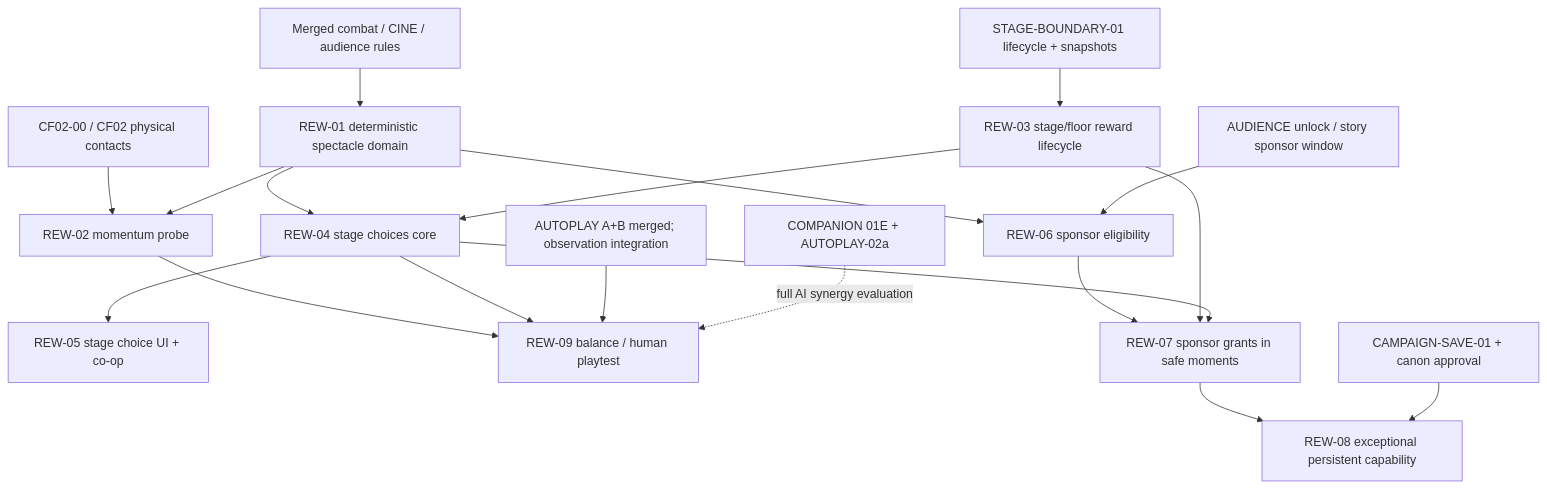
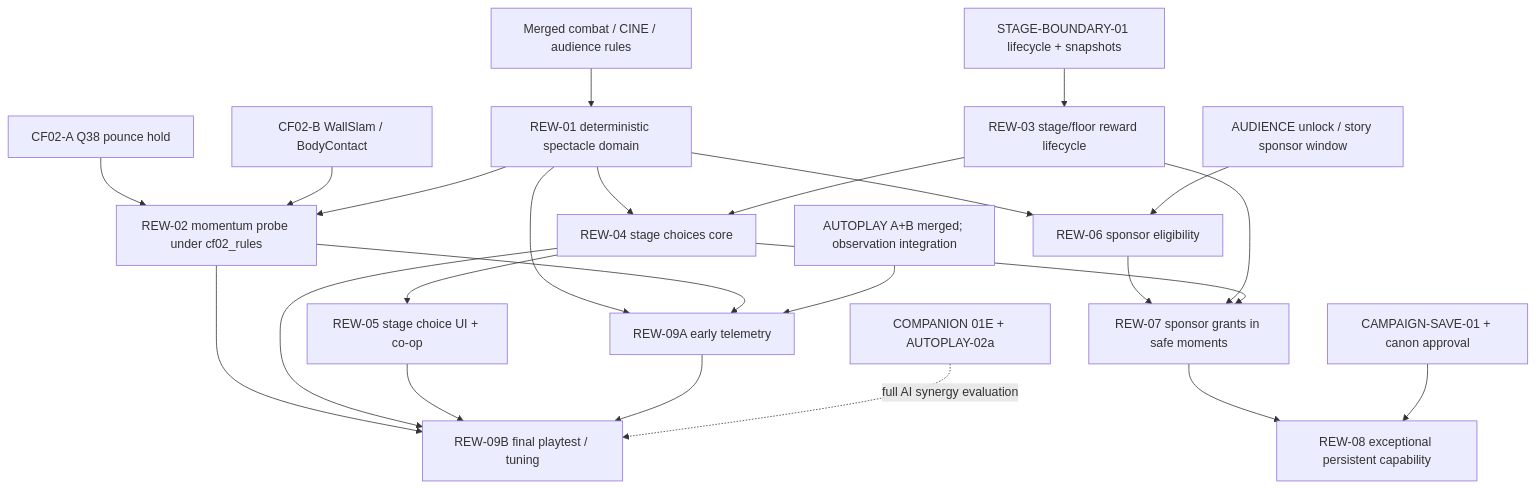
The diagram in docs/04-production/rewards-roadmap.md (pando85/dungeon-floorbreak), drawn with Mermaid before and after one commit. The commit also changed other lines of this file and 4 other files, not shown here.

````diff
--- a/docs/04-production/rewards-roadmap.md
+++ b/docs/04-production/rewards-roadmap.md
@@ -27,21 +29,26 @@
 ```mermaid
 flowchart TD
   BASE["Merged combat / CINE / audience rules"] --> R1["REW-01 deterministic spectacle domain"]
-  CF["CF02-00 / CF02 physical contacts"] --> R2["REW-02 momentum probe"]
+  CFA["CF02-A Q38 pounce hold"] --> R2["REW-02 momentum probe under cf02_rules"]
+  CFB["CF02-B WallSlam / BodyContact"] --> R2
   R1 --> R2
   R1 --> R4["REW-04 stage choices core"]
   SB["STAGE-BOUNDARY-01 lifecycle + snapshots"] --> R3["REW-03 stage/floor reward lifecycle"]
   R3 --> R4
   R4 --> R5["REW-05 stage choice UI + co-op"]
-  R2 --> R9["REW-09 balance / human playtest"]
-  R4 --> R9
-  AP["AUTOPLAY A+B merged; observation integration"] --> R9
-  COMP["COMPANION 01E + AUTOPLAY-02a"] -. "full AI synergy evaluation" .-> R9
+  R1 --> R9A["REW-09A early telemetry"]
+  R2 --> R9A
+  AP["AUTOPLAY A+B merged; observation integration"] --> R9A
+  R2 --> R9B["REW-09B final playtest / tuning"]
+  R4 --> R9B
+  R5 --> R9B
+  R9A --> R9B
+  COMP["COMPANION 01E + AUTOPLAY-02a"] -. "full AI synergy evaluation" .-> R9B
   R1 --> R6["REW-06 sponsor eligibility"]
   AUD["AUDIENCE unlock / story sponsor window"] --> R6
   R6 --> R7["REW-07 sponsor grants in safe moments"]
   R3 --> R7
   R4 --> R7
   R7 --> R8["REW-08 exceptional persistent capability"]
   SAVE["CAMPAIGN-SAVE-01 + canon approval"] --> R8
 ```
````
